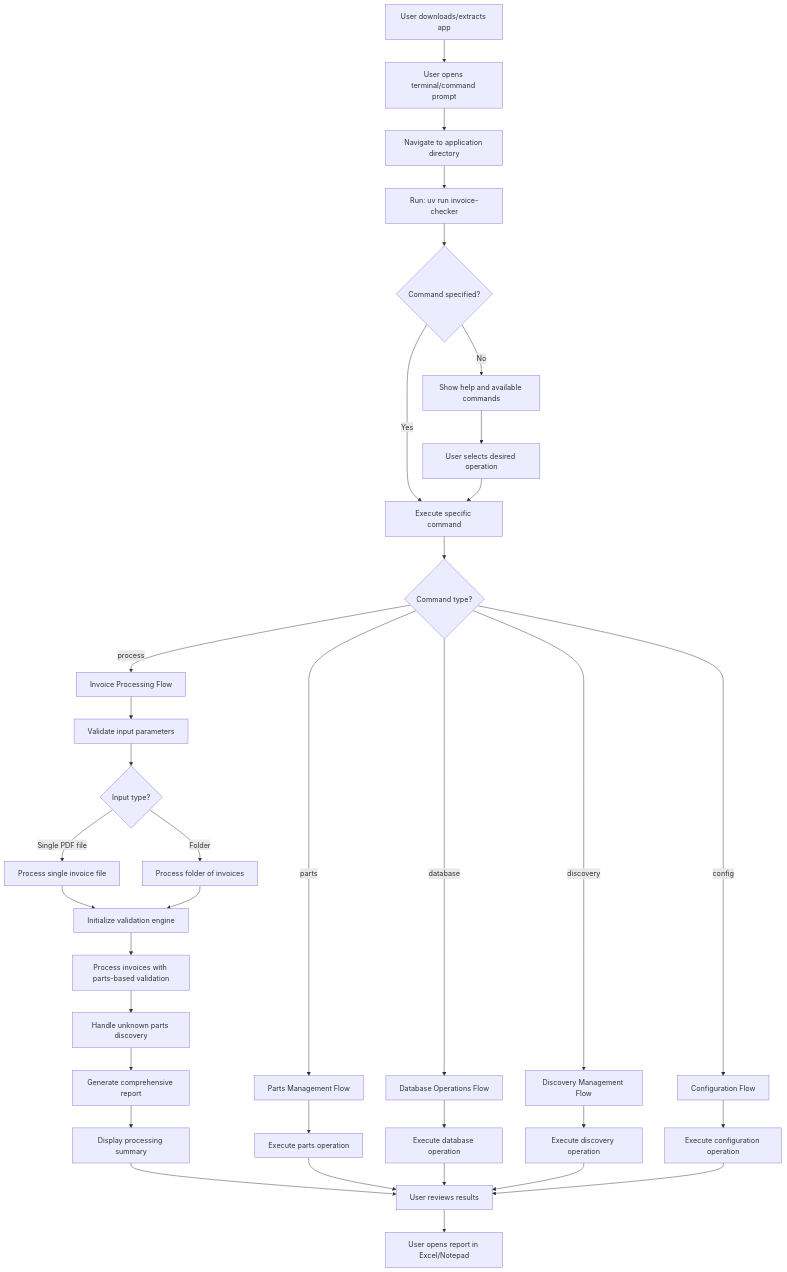
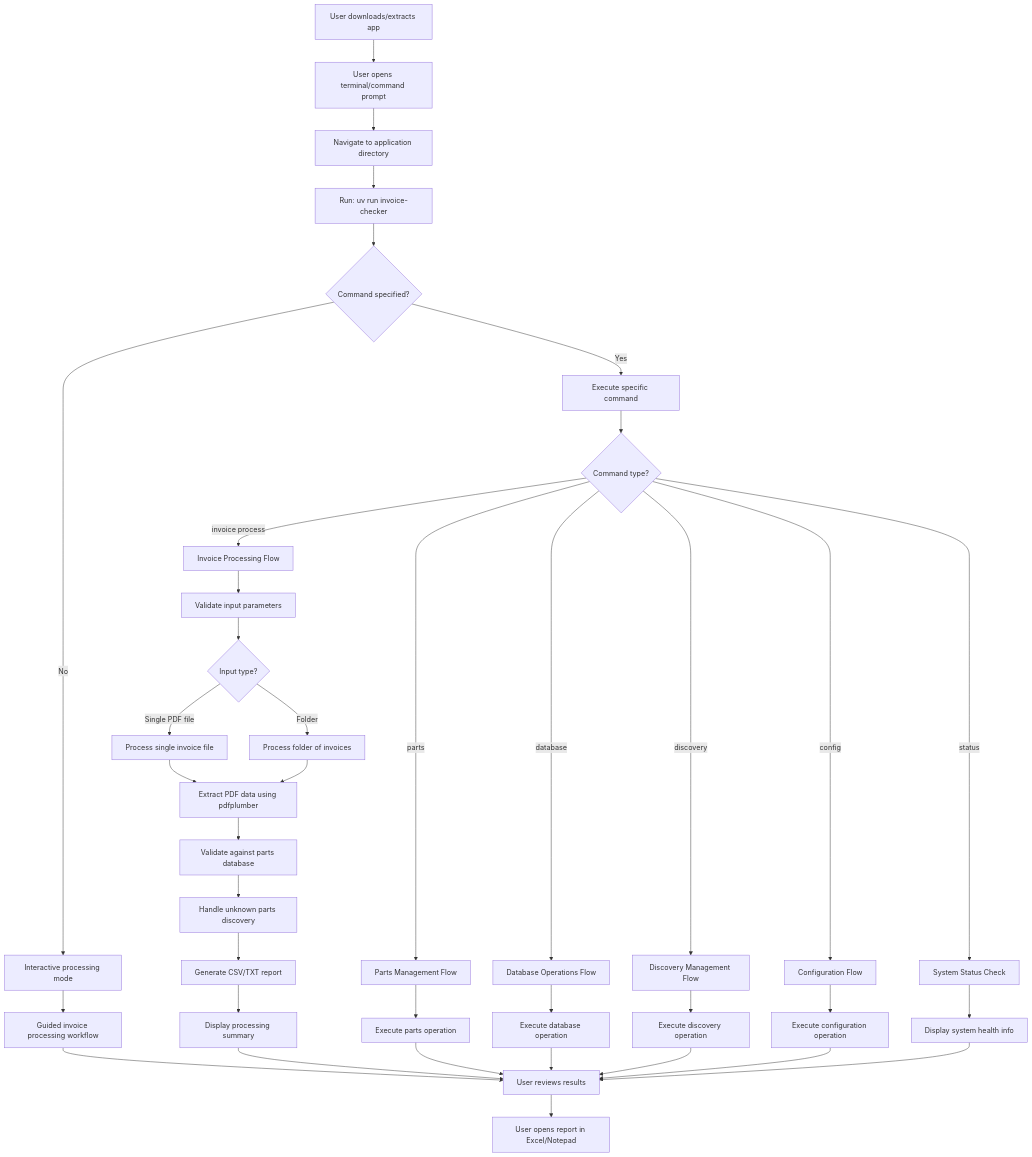
One commit to Nuosis/invoice_line_cost_detection changed the first of 7 diagrams in docs/USER_FLOWS.md. Above: the diagram before and after it, drawn with Mermaid. The commit also changed other lines of this file and 71 other files, not shown here.

````diff
--- a/docs/USER_FLOWS.md
+++ b/docs/USER_FLOWS.md
@@ -7,45 +7,49 @@
 ```mermaid
 flowchart TD
     A[User downloads/extracts app] --> B[User opens terminal/command prompt]
     B --> C[Navigate to application directory]
     C --> D[Run: uv run invoice-checker]
     D --> E{Command specified?}
-    E -->|No| F[Show help and available commands]
+    E -->|No| F[Interactive processing mode]
     E -->|Yes| G[Execute specific command]
     
-    F --> F1[User selects desired operation]
-    F1 --> G
+    F --> F1[Guided invoice processing workflow]
+    F1 --> N[User reviews results]
     
     G --> H{Command type?}
-    H -->|process| I[Invoice Processing Flow]
+    H -->|invoice process| I[Invoice Processing Flow]
     H -->|parts| J[Parts Management Flow]
     H -->|database| K[Database Operations Flow]
     H -->|discovery| L[Discovery Management Flow]
     H -->|config| M[Configuration Flow]
+    H -->|status| S[System Status Check]
     
     I --> I1[Validate input parameters]
     I1 --> I2{Input type?}
     I2 -->|Single PDF file| I2A[Process single invoice file]
     I2 -->|Folder| I2B[Process folder of invoices]
-    I2A --> I3[Initialize validation engine]
+    I2A --> I3[Extract PDF data using pdfplumber]
     I2B --> I3
-    I3 --> I4[Process invoices with parts-based validation]
+    I3 --> I4[Validate against parts database]
     I4 --> I5[Handle unknown parts discovery]
-    I5 --> I6[Generate comprehensive report]
+    I5 --> I6[Generate CSV/TXT report]
     I6 --> I7[Display processing summary]
-    I7 --> N[User reviews results]
+    I7 --> N
     
     J --> J1[Execute parts operation]
     J1 --> N
     
     K --> K1[Execute database operation]
     K1 --> N
     
     L --> L1[Execute discovery operation]
     L1 --> N
     
     M --> M1[Execute configuration operation]
     M1 --> N
     
+    S --> S1[Display system health info]
+    S1 --> N
+    
     N --> O[User opens report in Excel/Notepad]
 ```
````
